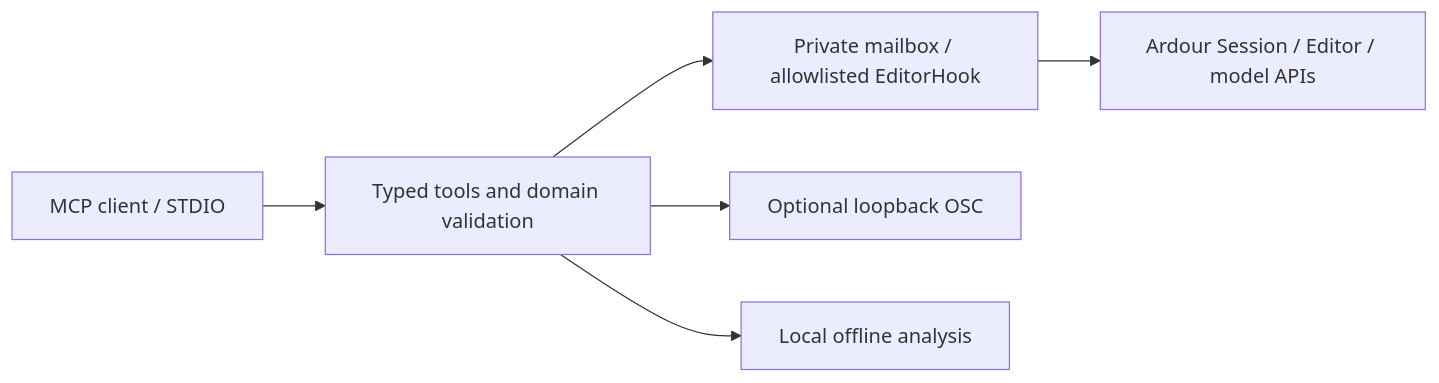
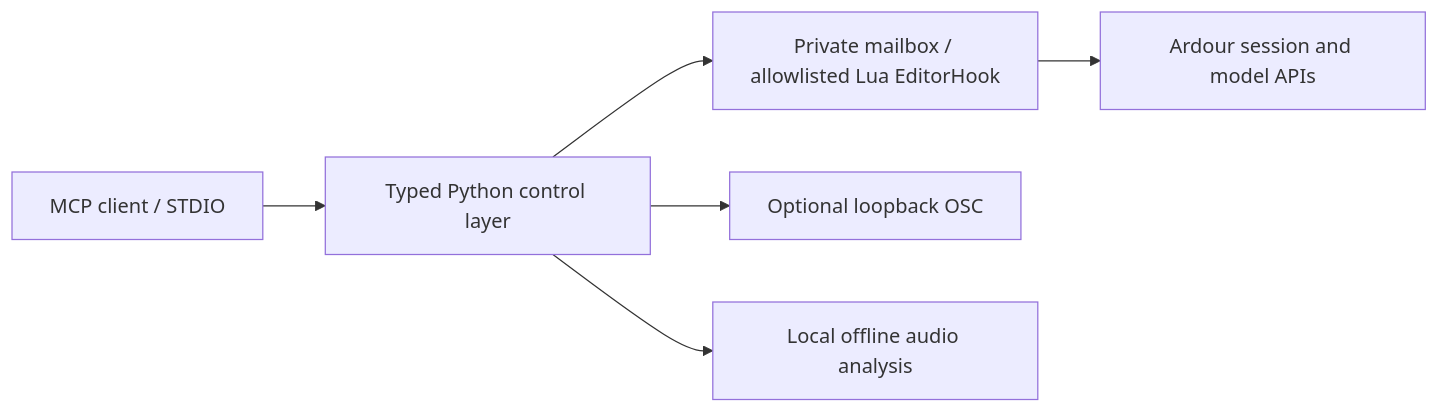
One commit to Elias02345/ardour-ultra-mcp changed the diagram in README.md. Above: the diagram before and after it, drawn with Mermaid. The commit also changed other lines of this file and 15 other files, not shown here.

````diff
--- a/README.md
+++ b/README.md
@@ -47,8 +72,8 @@
 ```mermaid
 flowchart LR
-  Client[MCP client / STDIO] --> Typed[Typed tools and domain validation]
-  Typed --> Lua[Private mailbox / allowlisted EditorHook]
-  Lua --> Ardour[Ardour Session / Editor / model APIs]
-  Typed --> OSC[Optional loopback OSC]
-  Typed --> Analysis[Local offline analysis]
+  Client[MCP client / STDIO] --> Python[Typed Python control layer]
+  Python --> Lua[Private mailbox / allowlisted Lua EditorHook]
+  Lua --> Ardour[Ardour session and model APIs]
+  Python --> OSC[Optional loopback OSC]
+  Python --> Analysis[Local offline audio analysis]
 ```
````
